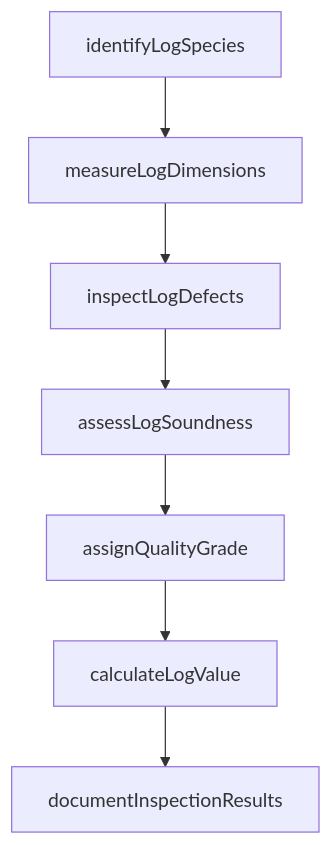
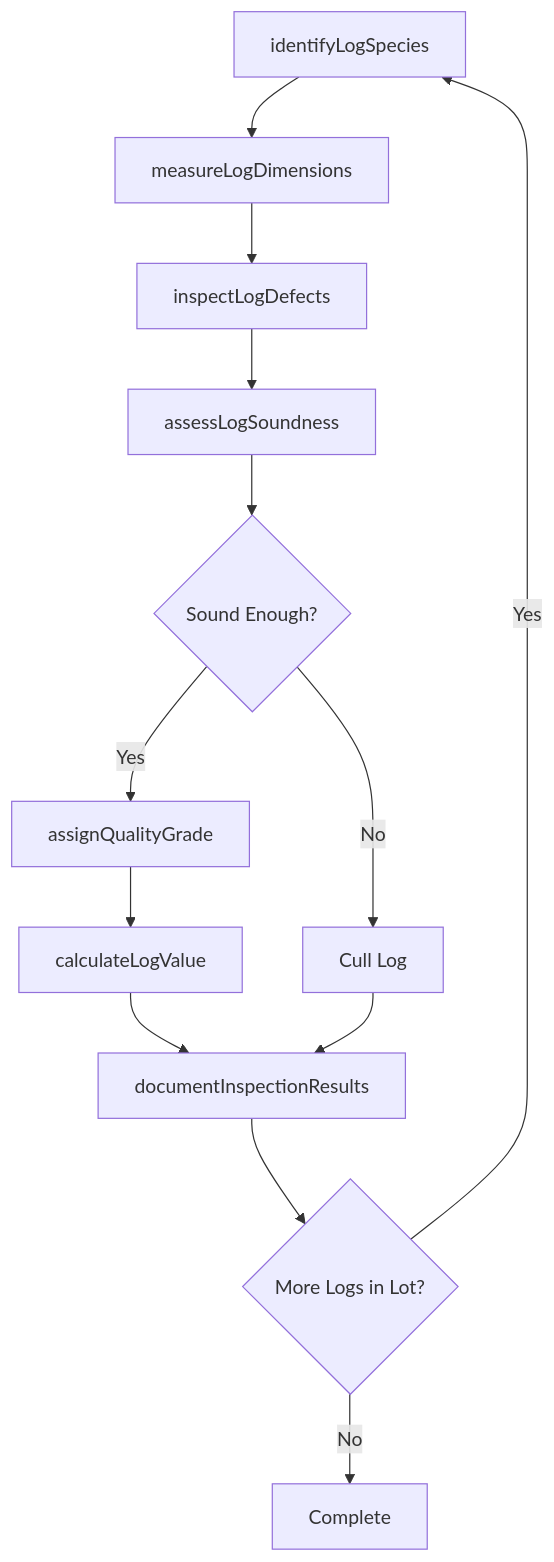
Before and after one commit to dot-org-ai/tasks.org.ai: the third of 4 diagrams in JudgingTheQualitiesOfObjectsServicesOrPeople/EvaluateProductionInputsOrOutputs/EvaluateLogQuality.mdx, drawn with Mermaid. The commit also changed other lines of this file and 307 other files, not shown here.

First line of the commit message:
feat: Add ER diagrams and state diagrams to remaining 308 DWA task files (wave 3 complete)

````diff
--- a/JudgingTheQualitiesOfObjectsServicesOrPeople/EvaluateProductionInputsOrOutputs/EvaluateLogQuality.mdx
+++ b/JudgingTheQualitiesOfObjectsServicesOrPeople/EvaluateProductionInputsOrOutputs/EvaluateLogQuality.mdx
@@ -87,9 +114,15 @@
 ```mermaid
 graph TD
     A[identifyLogSpecies] --> B[measureLogDimensions]
     B --> C[inspectLogDefects]
     C --> D[assessLogSoundness]
-    D --> E[assignQualityGrade]
-    E --> F[calculateLogValue]
-    F --> G[documentInspectionResults]
+    D --> E{Sound Enough?}
+    E -->|No| F[Cull Log]
+    E -->|Yes| G[assignQualityGrade]
+    G --> H[calculateLogValue]
+    H --> I[documentInspectionResults]
+    F --> I
+    I --> J{More Logs in Lot?}
+    J -->|Yes| A
+    J -->|No| K[Complete]
 ```
````
